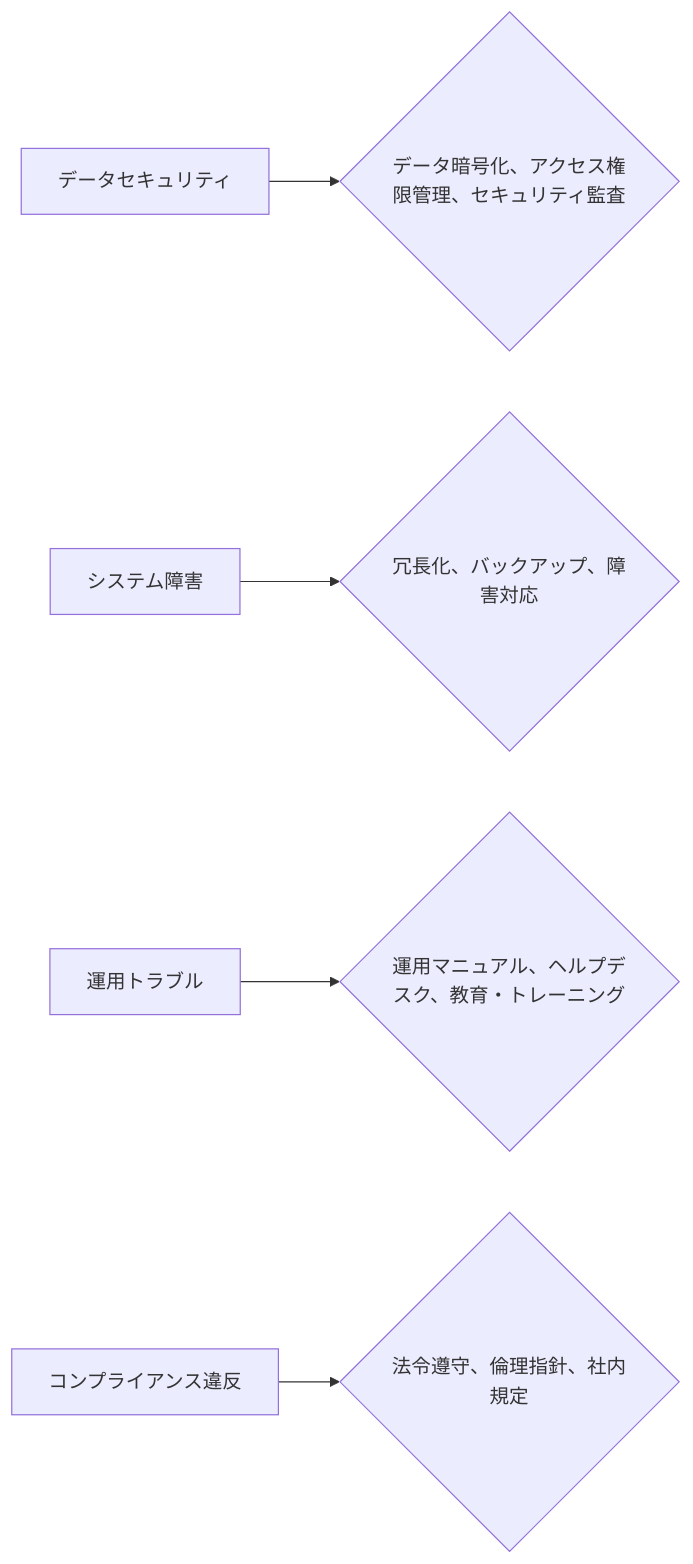
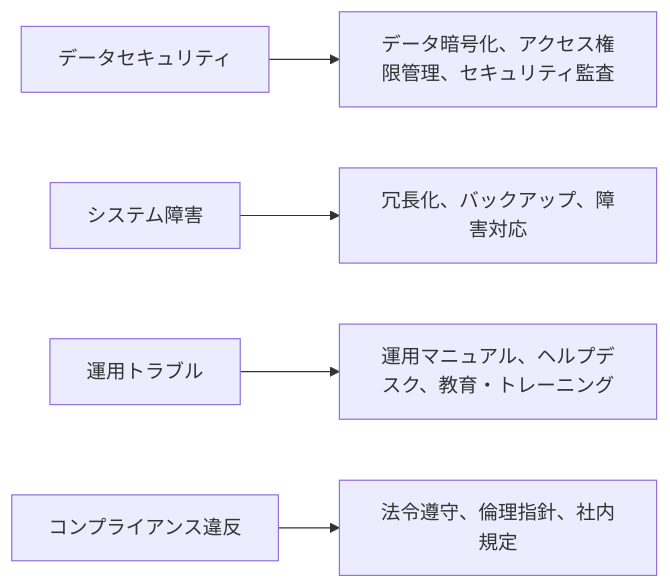
The tenth of 16 diagrams in README.md (SparklingDetergent/doc_genai_How_to_evaluate_the_cost-effectiveness_of_using_generative_AI_for_business_purposes), drawn with Mermaid before and after one commit. The commit also changed other lines of this file, not shown here.

````diff
--- a/README.md
+++ b/README.md
@@ -354,7 +365,7 @@
 ```mermaid
 graph LR
-    A[データセキュリティ] --> B{データ暗号化、アクセス権限管理、セキュリティ監査}
-    C[システム障害] --> D{冗長化、バックアップ、障害対応}
-    E[運用トラブル] --> F{運用マニュアル、ヘルプデスク、教育・トレーニング}
-    G[コンプライアンス違反] --> H{法令遵守、倫理指針、社内規定}
+    A[データセキュリティ] --> B[データ暗号化、アクセス権限管理、セキュリティ監査]
+    C[システム障害] --> D[冗長化、バックアップ、障害対応]
+    E[運用トラブル] --> F[運用マニュアル、ヘルプデスク、教育・トレーニング]
+    G[コンプライアンス違反] --> H[法令遵守、倫理指針、社内規定]
 ```
````
